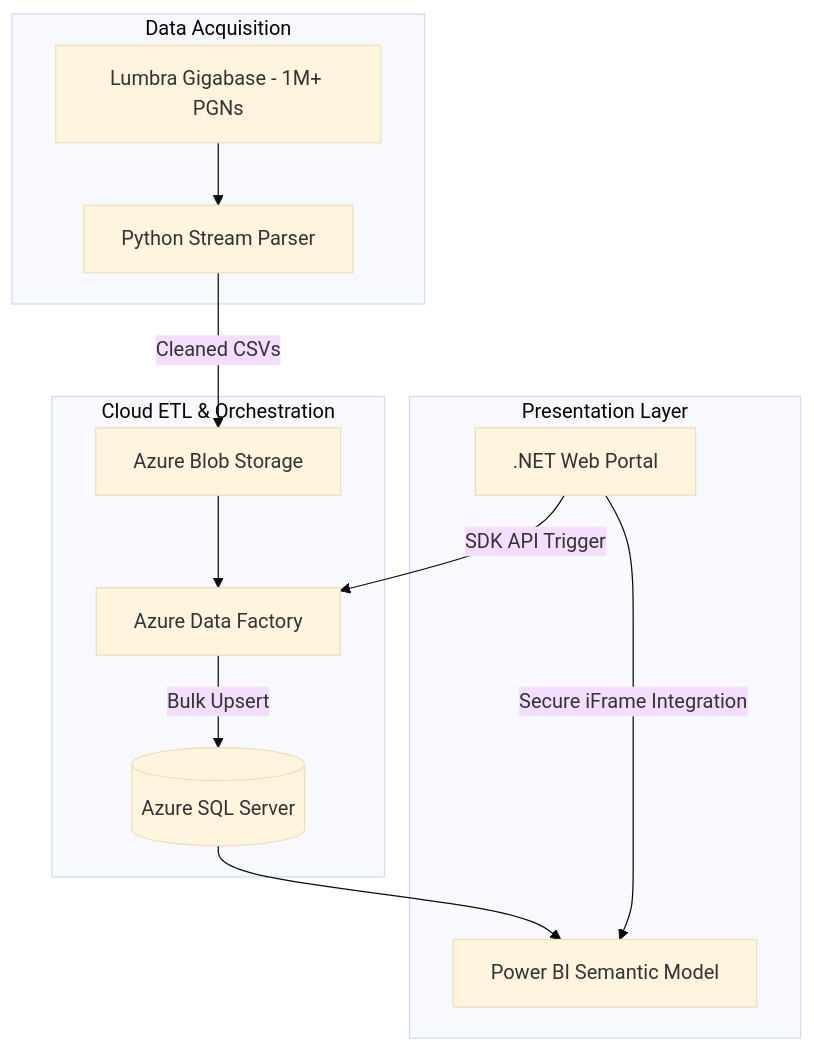
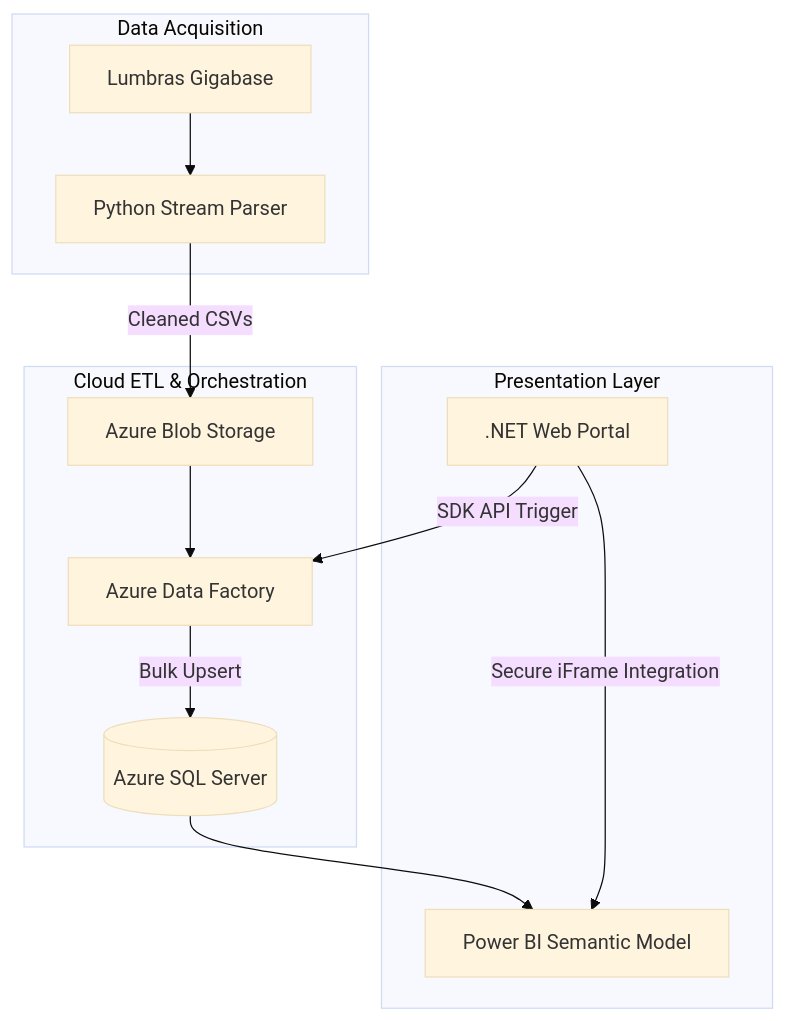
Before and after one commit to cannonfodderalt/ChessInsights: the diagram in readME.md, drawn with Mermaid (base theme). The commit also changed other lines of this file, not shown here.

````diff
--- a/readME.md
+++ b/readME.md
@@ -9,18 +8,18 @@
 ```mermaid
 graph TD
     subgraph "Data Acquisition"
-        A[Lumbra Gigabase - 1M+ PGNs] --> B[Python Stream Parser]
+        A[Lumbras Gigabase] --> B[Python Stream Parser]
     end
 
     subgraph "Cloud ETL & Orchestration"
         B -- "Cleaned CSVs" --> C[Azure Blob Storage]
         C --> D[Azure Data Factory]
         D -- "Bulk Upsert" --> E[(Azure SQL Server)]
     end
 
     subgraph "Presentation Layer"
         E --> F[Power BI Semantic Model]
         G[.NET Web Portal] -- "Secure iFrame Integration" --> F
         G -- "SDK API Trigger" --> D
     end
 ```
````
